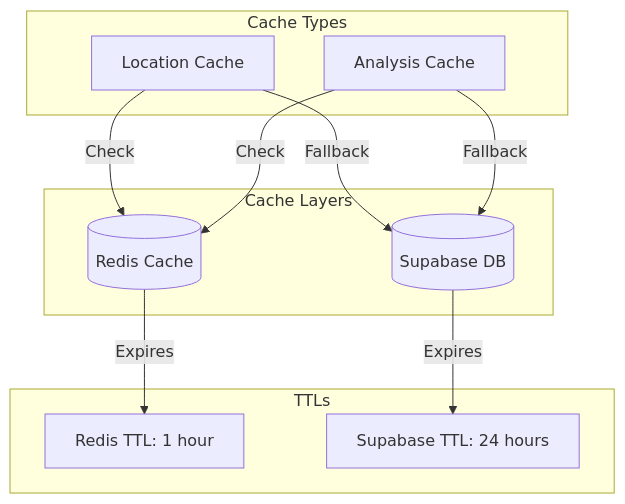
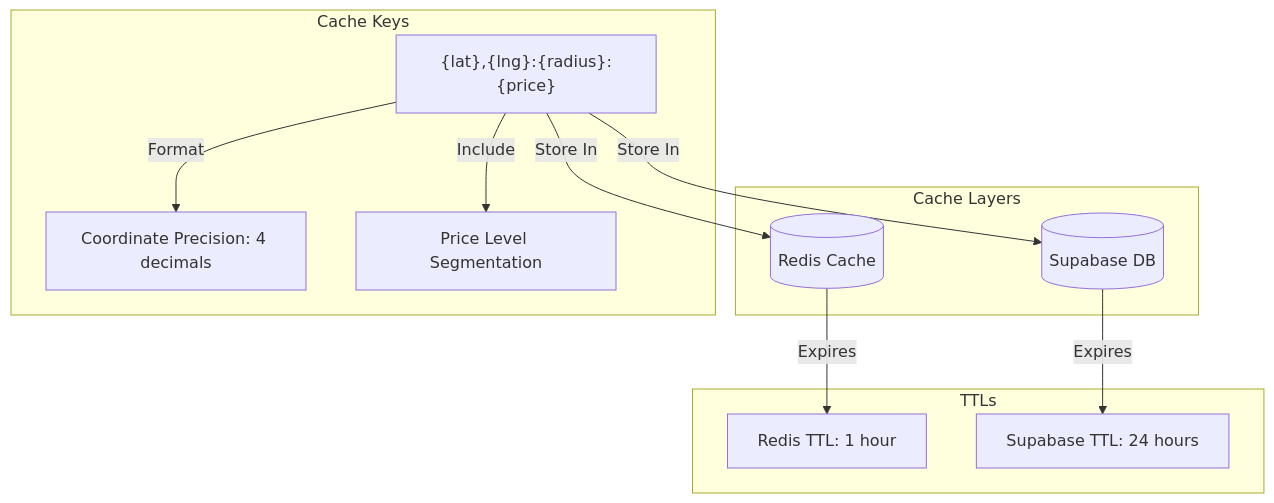
The third of 4 diagrams in README.md (yashmit07/QuickCafe), drawn with Mermaid before and after one commit. The commit also changed other lines of this file and 19 other files, not shown here.

````diff
--- a/README.md
+++ b/README.md
@@ -87,25 +124,27 @@
 ```mermaid
 graph TD
     subgraph "Cache Layers"
         R[(Redis Cache)]
         S[(Supabase DB)]
     end
 
-    subgraph "Cache Types"
-        LC[Location Cache]
-        AC[Analysis Cache]
+    subgraph "Cache Keys"
+        CK["{lat},{lng}:{radius}:{price}"]
+        CP[Coordinate Precision: 4 decimals]
+        PR[Price Level Segmentation]
     end
 
     subgraph "TTLs"
         RT[Redis TTL: 1 hour]
         ST[Supabase TTL: 24 hours]
     end
 
-    LC -->|Check| R
-    LC -->|Fallback| S
-    AC -->|Check| R
-    AC -->|Fallback| S
+    CK -->|Format| CP
+    CK -->|Include| PR
+    
+    CK -->|Store In| R
+    CK -->|Store In| S
 
     R -->|Expires| RT
     S -->|Expires| ST
 ```
````
